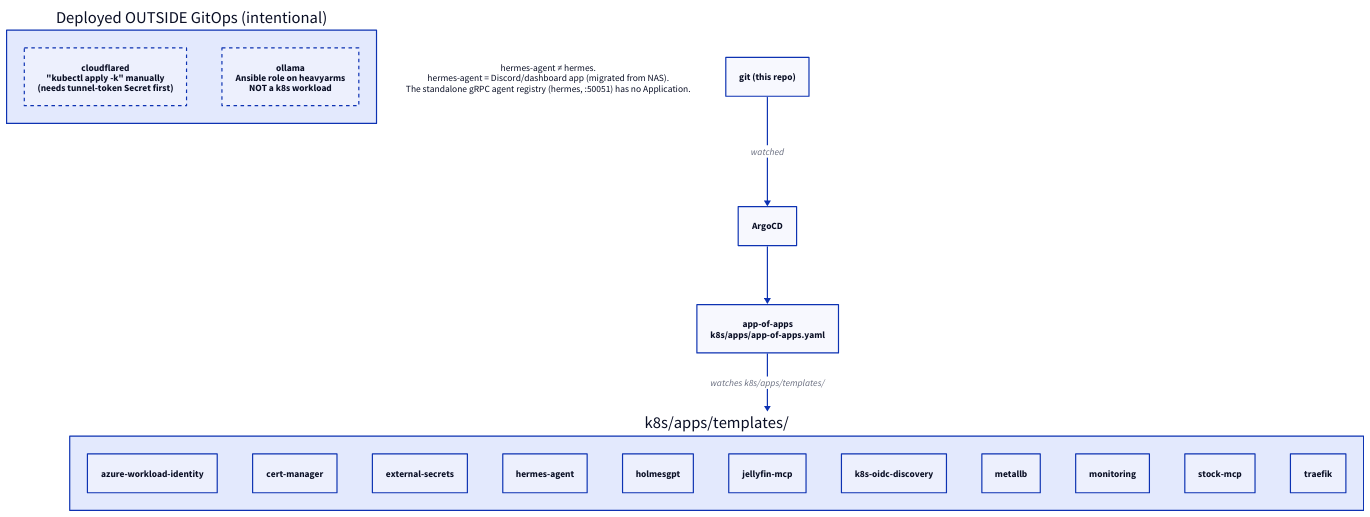
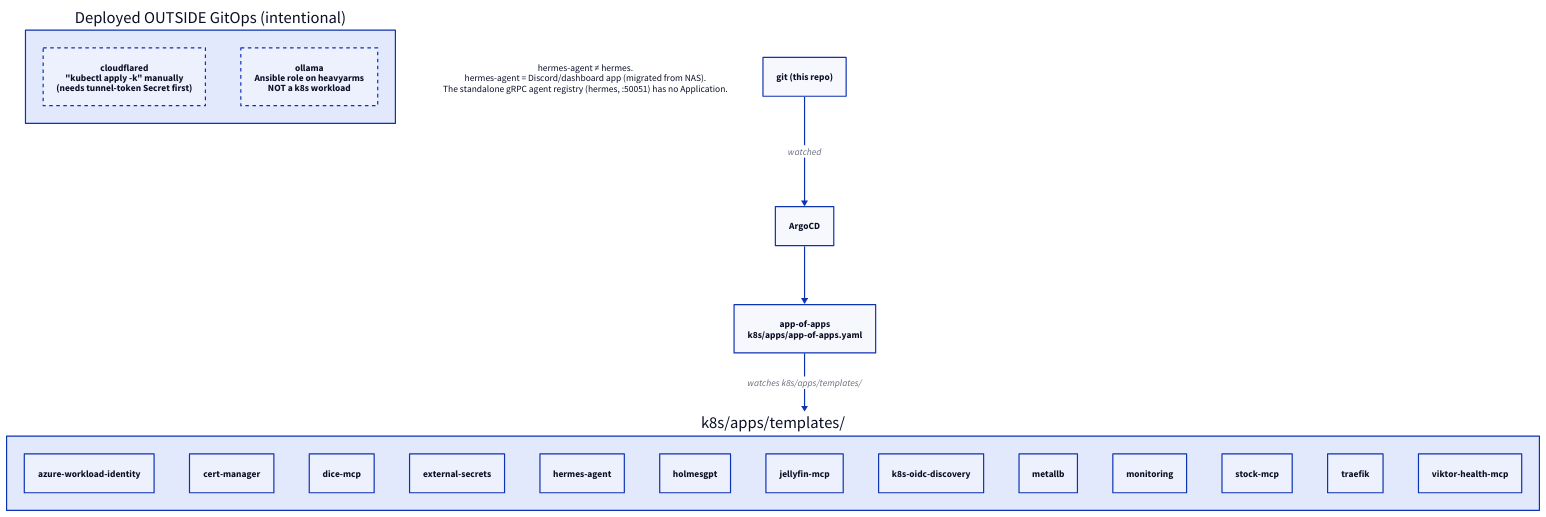
Before and after one commit to gardlt/gardltio: the diagram in static/images/homelab/diagrams/app-flow.d2, drawn with D2. The commit also changed 10 other files, not shown here.

First line of the commit message:
post: refresh stack-under-the-agents for current 8-agent roster, update diagrams

```diff
--- a/static/images/homelab/diagrams/app-flow.d2
+++ b/static/images/homelab/diagrams/app-flow.d2
@@ -1,31 +1,33 @@
 # regenerate: d2 app-flow.d2 app-flow.svg
 # Application / GitOps flow — real current ArgoCD Application inventory.
 
 git: git (this repo) {shape: rectangle}
 argocd: ArgoCD {shape: rectangle}
 app-of-apps: app-of-apps\nk8s/apps/app-of-apps.yaml {shape: rectangle}
 
 git -> argocd: watched
 argocd -> app-of-apps
 app-of-apps -> templates: watches k8s/apps/templates/
 
 templates: k8s/apps/templates/ {
   azure-workload-identity
   cert-manager
+  dice-mcp
   external-secrets
   hermes-agent
   holmesgpt
   jellyfin-mcp
   k8s-oidc-discovery
   metallb
   monitoring
   stock-mcp
   traefik
+  viktor-health-mcp
 }
 
 out-of-band: Deployed OUTSIDE GitOps (intentional) {
   cloudflared: cloudflared\n"kubectl apply -k" manually\n(needs tunnel-token Secret first) {style.stroke-dash: 3}
   ollama: ollama\nAnsible role on heavyarms\nNOT a k8s workload {style.stroke-dash: 3}
 }
 
 note: "hermes-agent ≠ hermes.\nhermes-agent = Discord/dashboard app (migrated from NAS).\nThe standalone gRPC agent registry (hermes, :50051) has no Application." {shape: text}
```
